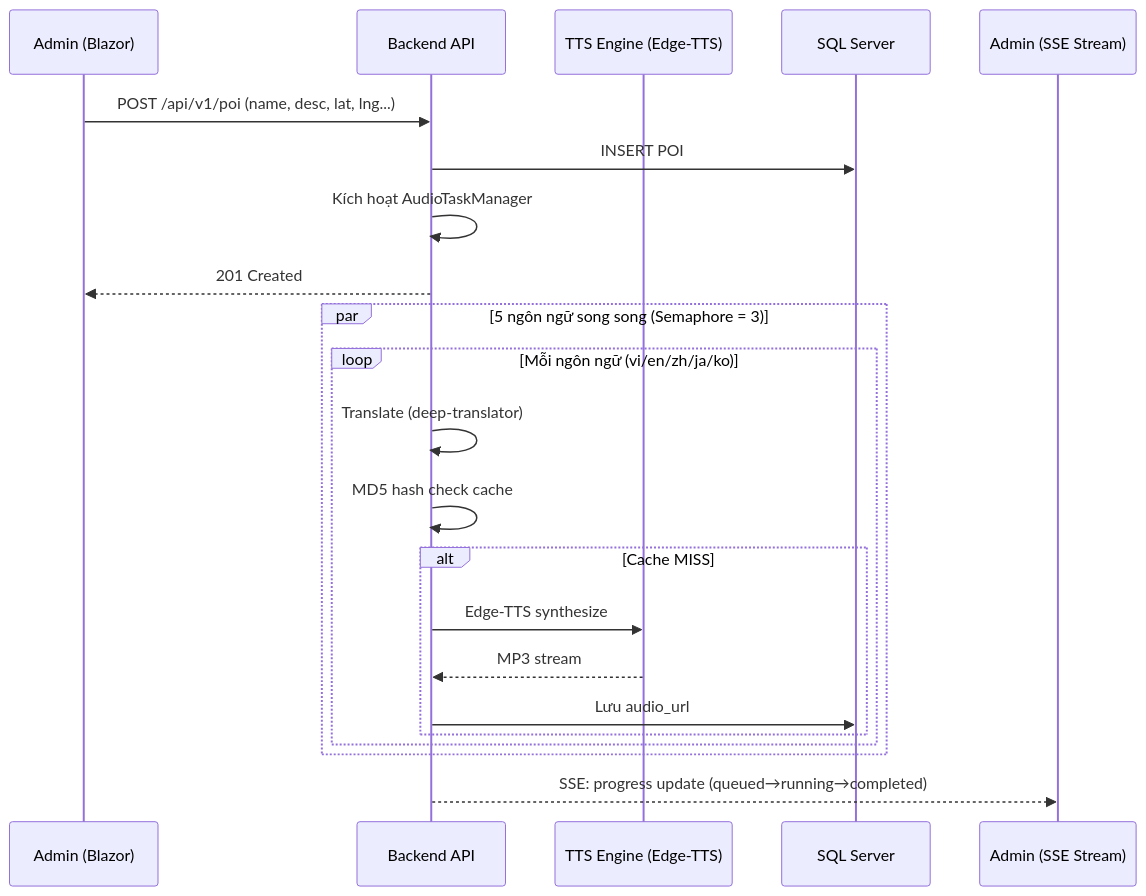
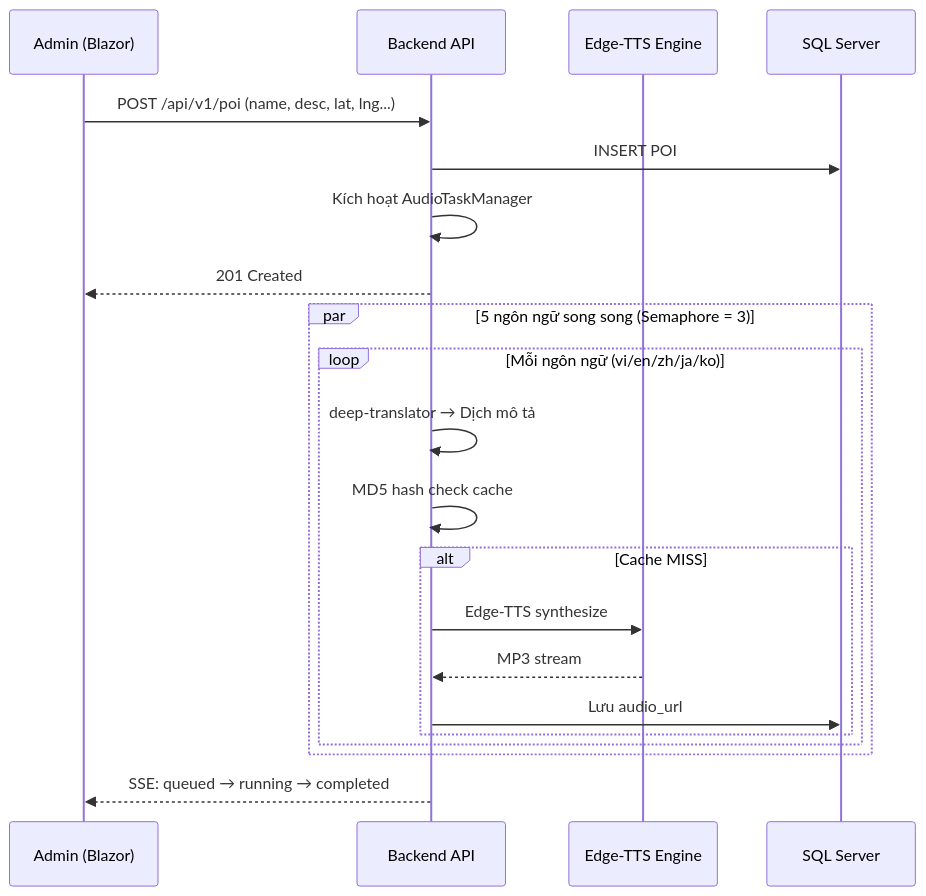
The fifth of 9 diagrams in README.md (DZT711/Audio_Guide_App), drawn with Mermaid before and after one commit. The commit also changed other lines of this file, not shown here.

````diff
--- a/README.md
+++ b/README.md
@@ -235,27 +596,26 @@
 ```mermaid
 sequenceDiagram
     participant ADM as Admin (Blazor)
     participant API as Backend API
-    participant TTS as TTS Engine (Edge-TTS)
+    participant TTS as Edge-TTS Engine
     participant DB as SQL Server
-    participant ADM2 as Admin (SSE Stream)
 
     ADM->>API: POST /api/v1/poi (name, desc, lat, lng...)
     API->>DB: INSERT POI
     API->>API: Kích hoạt AudioTaskManager
     API-->>ADM: 201 Created
 
     par 5 ngôn ngữ song song (Semaphore = 3)
         loop Mỗi ngôn ngữ (vi/en/zh/ja/ko)
-            API->>API: Translate (deep-translator)
+            API->>API: deep-translator → Dịch mô tả
             API->>API: MD5 hash check cache
             alt Cache MISS
                 API->>TTS: Edge-TTS synthesize
                 TTS-->>API: MP3 stream
                 API->>DB: Lưu audio_url
             end
         end
     end
 
-    API-->>ADM2: SSE: progress update (queued→running→completed)
+    API-->>ADM: SSE: queued → running → completed
 ```
````
